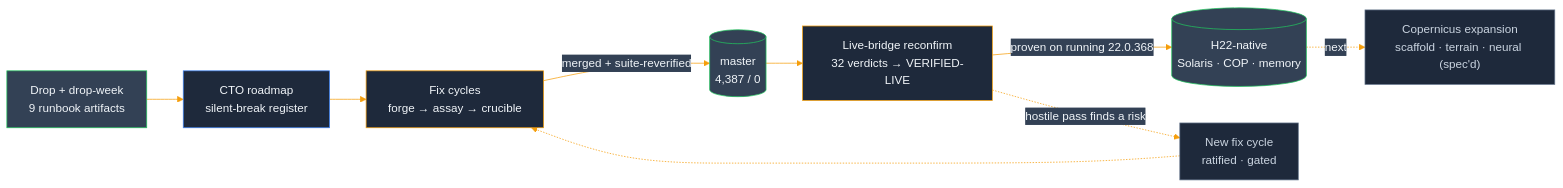
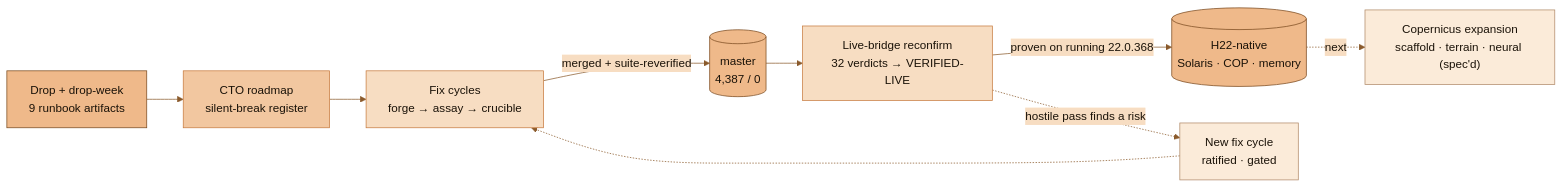
Before and after one commit to JosephOIbrahim/Synapse: the third of 7 diagrams in README.md, drawn with Mermaid. The commit also changed other lines of this file, not shown here.

First line of the commit message:
docs(readme): ADHD-friendly pass + warm mermaid re-theme

````diff
--- a/README.md
+++ b/README.md
@@ -125,16 +131,16 @@
 ```mermaid
-%%{init: {'theme':'base', 'themeVariables': {'primaryColor':'#1e293b','primaryTextColor':'#f1f5f9','primaryBorderColor':'#0f172a','lineColor':'#f59e0b','secondaryColor':'#334155','tertiaryColor':'#475569'}}}%%
+%%{init: {'theme':'base', 'themeVariables': {'primaryColor':'#F2C7A0','primaryTextColor':'#1A1208','primaryBorderColor':'#C77B3F','lineColor':'#8A5A2B','secondaryColor':'#F7DDC2','tertiaryColor':'#FBEBD9','edgeLabelBackground':'#F7DDC2','clusterBkg':'#FBEBD9','clusterBorder':'#C77B3F'}}}%%
 flowchart LR
     DROP["Drop + drop-week<br/>9 runbook artifacts"]:::hou --> ROADMAP["CTO roadmap<br/>silent-break register"]:::panel
     ROADMAP --> FIX["Fix cycles<br/>forge → assay → crucible"]:::bridge
     FIX -->|"merged + suite-reverified"| MERGED[("master<br/>4,387 / 0")]:::hou
     MERGED --> LIVE["Live-bridge reconfirm<br/>32 verdicts → VERIFIED-LIVE"]:::bridge
     LIVE -->|"proven on running 22.0.368"| DEMO[("H22-native<br/>Solaris · COP · memory")]:::hou
     LIVE -.hostile pass finds a risk.-> NEXT["New fix cycle<br/>ratified · gated"]:::side
     NEXT -.-> FIX
     DEMO -.next.-> EXPAND["Copernicus expansion<br/>scaffold · terrain · neural (spec'd)"]:::side
-    classDef panel fill:#1e293b,stroke:#3b82f6,color:#f1f5f9
-    classDef bridge fill:#1e293b,stroke:#f59e0b,color:#f1f5f9
-    classDef hou fill:#334155,stroke:#22c55e,color:#f1f5f9
-    classDef side fill:#1e293b,stroke:#64748b,color:#cbd5e1
+    classDef panel fill:#F2C7A0,stroke:#C77B3F,color:#1A1208
+    classDef bridge fill:#F7DDC2,stroke:#C77B3F,color:#1A1208
+    classDef hou fill:#EFB98A,stroke:#7A4A1F,color:#1A1208
+    classDef side fill:#FBEBD9,stroke:#B08968,color:#1A1208
 ```
````
